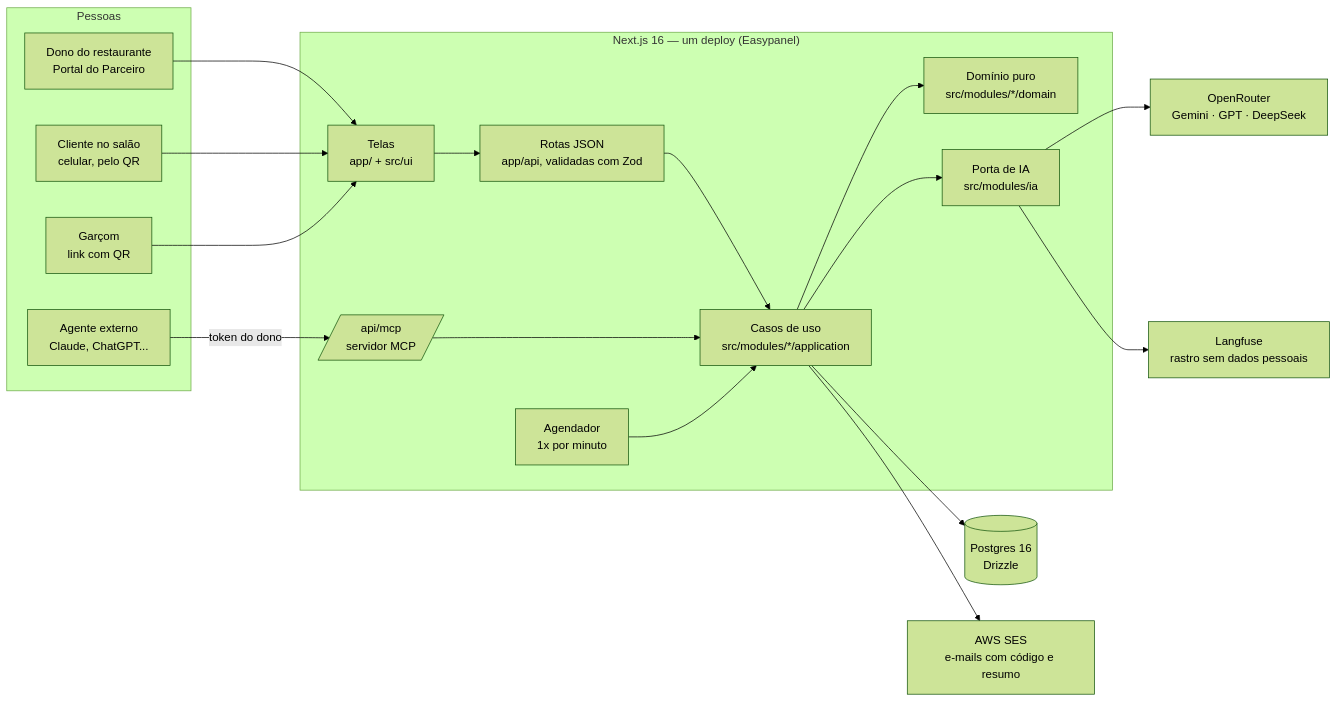
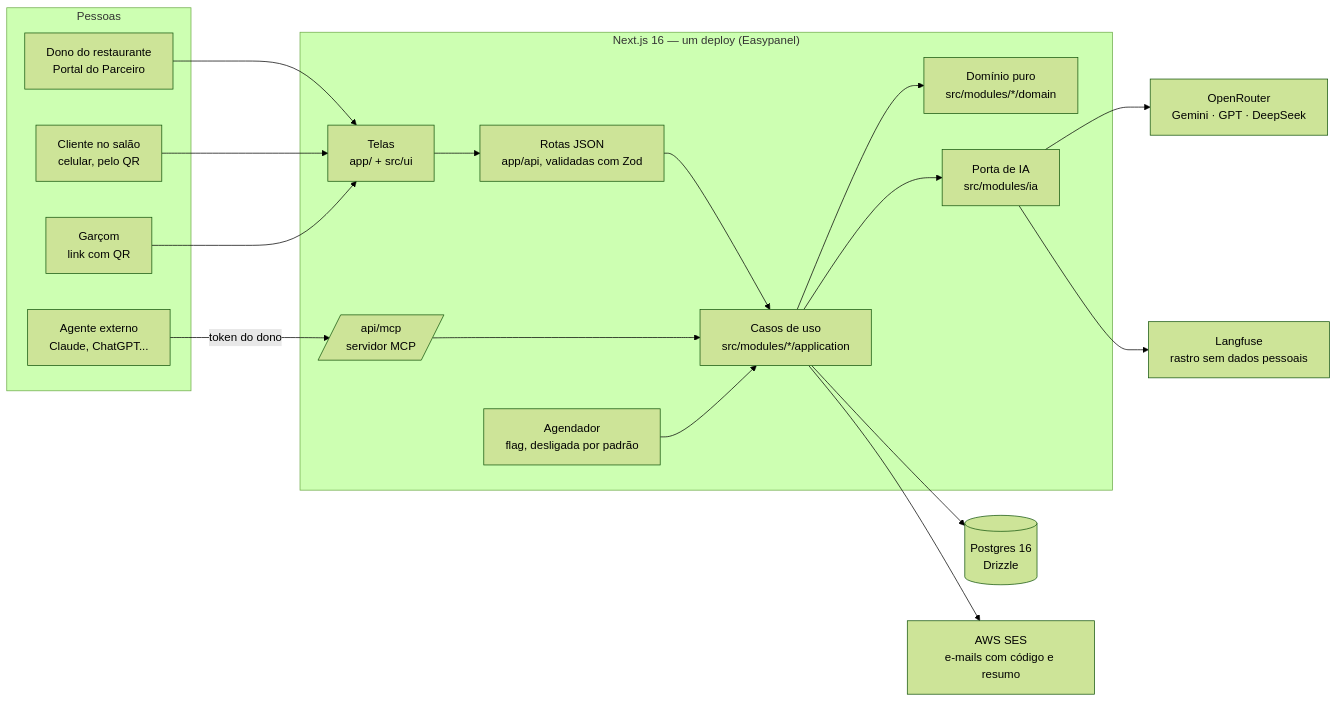
The first of 4 diagrams in docs/arquitetura.md (mateusferrao/comer-fora-no-salao), drawn with Mermaid (forest theme) before and after one commit. The commit also changed other lines of this file and 16 other files, not shown here.

````diff
--- a/docs/arquitetura.md
+++ b/docs/arquitetura.md
@@ -10,37 +10,37 @@
 ```mermaid
 flowchart LR
   subgraph Pessoas
     D[Dono do restaurante<br/>Portal do Parceiro]
     C[Cliente no salão<br/>celular, pelo QR]
     G[Garçom<br/>link com QR]
     A[Agente externo<br/>Claude, ChatGPT...]
   end
 
   subgraph App["Next.js 16 — um deploy (Easypanel)"]
     UI[Telas<br/>app/ + src/ui]
     API[Rotas JSON<br/>app/api, validadas com Zod]
     MCP[/api/mcp<br/>servidor MCP/]
     UC[Casos de uso<br/>src/modules/*/application]
     DOM[Domínio puro<br/>src/modules/*/domain]
     IA[Porta de IA<br/>src/modules/ia]
-    AG[Agendador<br/>1x por minuto]
+    AG[Agendador<br/>flag, desligada por padrão]
   end
 
   DB[(Postgres 16<br/>Drizzle)]
   OR[OpenRouter<br/>Gemini · GPT · DeepSeek]
   LF[Langfuse<br/>rastro sem dados pessoais]
   SES[AWS SES<br/>e-mails com código e resumo]
 
   D --> UI
   C --> UI
   G --> UI
   A -->|token do dono| MCP
   UI --> API --> UC
   MCP --> UC
   AG --> UC
   UC --> DOM
   UC --> DB
   UC --> IA --> OR
   IA --> LF
   UC --> SES
 ```
````
